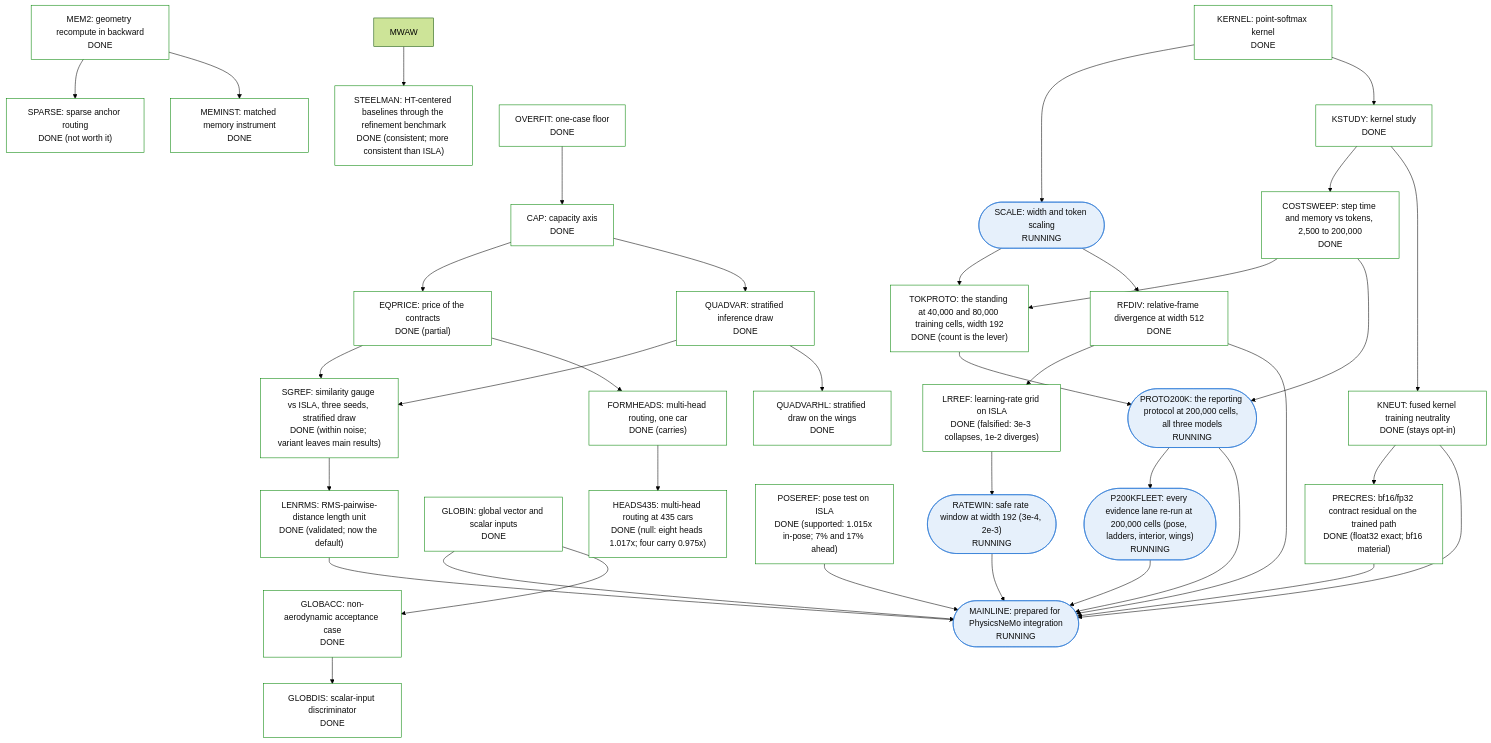
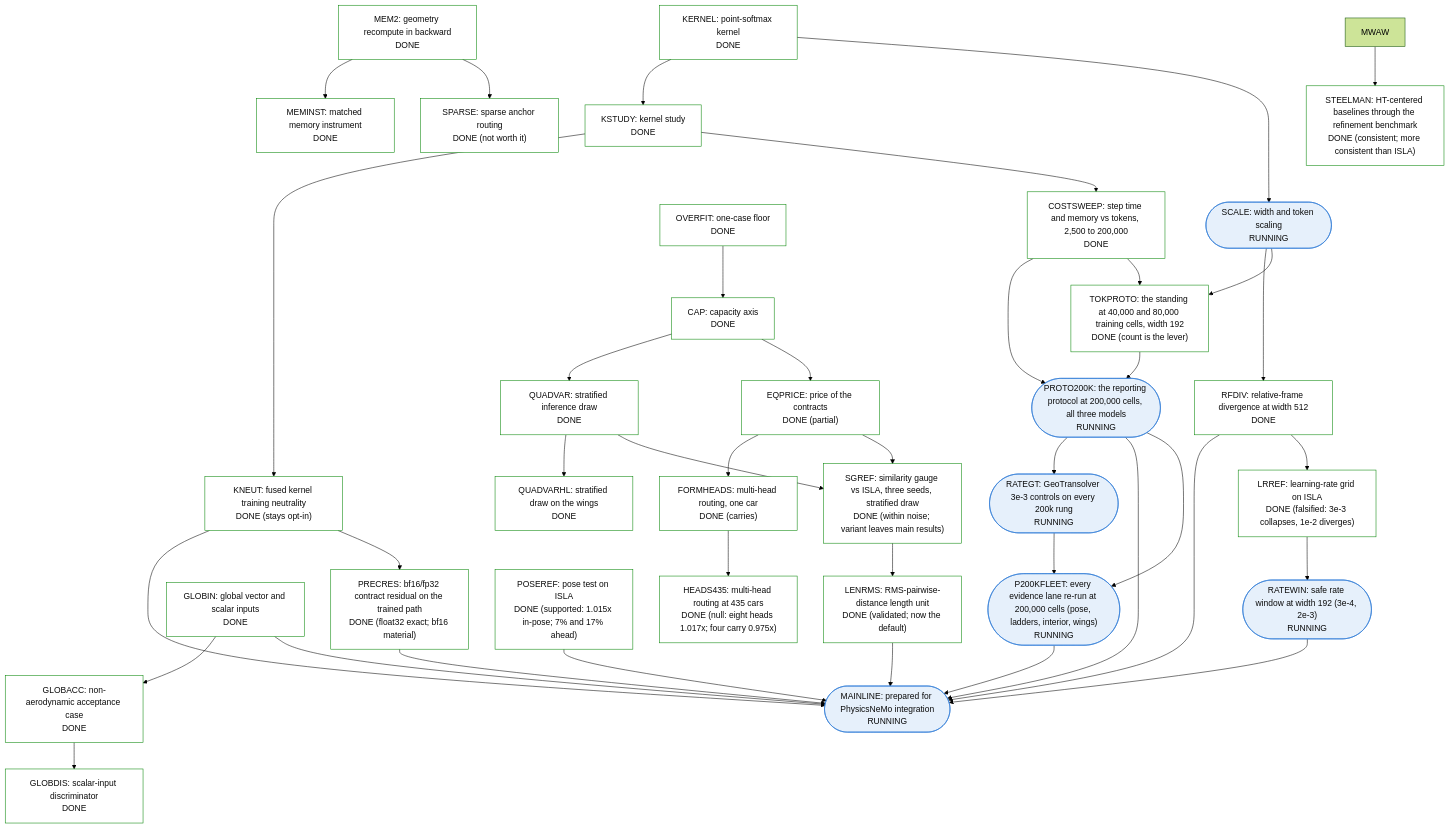
One commit to peterdsharpe/physicsnemo changed the fifth of 5 diagrams in examples/cfd/mesh_transformer/book/13-program-status.qmd. Above: the diagram before and after it, drawn with Mermaid (forest theme). The commit also changed other lines of this file and 3 other files, not shown here.

````diff
--- a/examples/cfd/mesh_transformer/book/13-program-status.qmd
+++ b/examples/cfd/mesh_transformer/book/13-program-status.qmd
@@ -281,77 +281,80 @@
 ```{mermaid}
 %%| fig-cap: >
 %%|   Sub-tree 5: cost, scale, deficit anatomy and mainline. HEADS435 is the
 %%|   one node RUNNING with a bar that could change ISLA's
 %%|   configuration; MAINLINE is the productization node.
 flowchart TB
     classDef done fill:#ffffff,stroke:#008300,color:#0b0b0b
     classDef running fill:#e6f0fb,stroke:#2a78d6,color:#0b0b0b
     classDef planned fill:#ffffff,stroke:#898781,color:#0b0b0b,stroke-dasharray:4 3
     classDef stopped fill:#f4f3ee,stroke:#52514e,color:#0b0b0b
     MEM2["MEM2: geometry recompute in backward<br/>DONE"]:::done
     MEMINST["MEMINST: matched memory instrument<br/>DONE"]:::done
     SPARSE["SPARSE: sparse anchor routing<br/>DONE (not worth it)"]:::done
     KERNEL["KERNEL: point-softmax kernel<br/>DONE"]:::done
     KSTUDY["KSTUDY: kernel study<br/>DONE"]:::done
     KNEUT["KNEUT: fused kernel training neutrality<br/>DONE (stays opt-in)"]:::done
     SCALE(["SCALE: width and token scaling<br/>RUNNING"]):::running
     RFDIV["RFDIV: relative-frame divergence at width 512<br/>DONE"]:::done
     OVERFIT["OVERFIT: one-case floor<br/>DONE"]:::done
     CAP["CAP: capacity axis<br/>DONE"]:::done
     QUADVAR["QUADVAR: stratified inference draw<br/>DONE"]:::done
     QUADVARHL["QUADVARHL: stratified draw on the wings<br/>DONE"]:::done
     EQPRICE["EQPRICE: price of the contracts<br/>DONE (partial)"]:::done
     FORMHEADS["FORMHEADS: multi-head routing, one car<br/>DONE (carries)"]:::done
     HEADS435["HEADS435: multi-head routing at 435 cars<br/>DONE (null: eight heads 1.017x; four carry 0.975x)"]:::done
     GLOBIN["GLOBIN: global vector and scalar inputs<br/>DONE"]:::done
     GLOBACC["GLOBACC: non-aerodynamic acceptance case<br/>DONE"]:::done
     GLOBDIS["GLOBDIS: scalar-input discriminator<br/>DONE"]:::done
     MAINLINE(["MAINLINE: prepared for PhysicsNeMo integration<br/>RUNNING"]):::running
     PRECRES["PRECRES: bf16/fp32 contract residual on the trained path<br/>DONE (float32 exact; bf16 material)"]:::done
     SGREF["SGREF: similarity gauge vs ISLA, three seeds, stratified draw<br/>DONE (within noise; variant leaves main results)"]:::done
     POSEREF["POSEREF: pose test on ISLA<br/>DONE (supported: 1.015x in-pose; 7% and 17% ahead)"]:::done
     LRREF["LRREF: learning-rate grid on ISLA<br/>DONE (falsified: 3e-3 collapses, 1e-2 diverges)"]:::done
     RATEWIN(["RATEWIN: safe rate window at width 192 (3e-4, 2e-3)<br/>RUNNING"]):::running
+    RATEGT(["RATEGT: GeoTransolver 3e-3 controls on every 200k rung<br/>RUNNING"]):::running
     LENRMS["LENRMS: RMS-pairwise-distance length unit<br/>DONE (validated; now the default)"]:::done
     STEELMAN["STEELMAN: HT-centered baselines through the refinement benchmark<br/>DONE (consistent; more consistent than ISLA)"]:::done
     TOKPROTO["TOKPROTO: the standing at 40,000 and 80,000 training cells, width 192<br/>DONE (count is the lever)"]:::done
     PROTO200K(["PROTO200K: the reporting protocol at 200,000 cells, all three models<br/>RUNNING"]):::running
     P200KFLEET(["P200KFLEET: every evidence lane re-run at 200,000 cells (pose, ladders, interior, wings)<br/>RUNNING"]):::running
     COSTSWEEP["COSTSWEEP: step time and memory vs tokens, 2,500 to 200,000<br/>DONE"]:::done
     MEM2 --> MEMINST
     MEM2 --> SPARSE
     KERNEL --> KSTUDY
     KSTUDY --> KNEUT
     KERNEL --> SCALE
     SCALE --> RFDIV
     OVERFIT --> CAP
     CAP --> QUADVAR
     QUADVAR --> QUADVARHL
     CAP --> EQPRICE
     EQPRICE --> FORMHEADS
     FORMHEADS --> HEADS435
     GLOBIN --> GLOBACC
     GLOBACC --> GLOBDIS
     GLOBIN --> MAINLINE
     RFDIV --> MAINLINE
     KNEUT --> MAINLINE
     KNEUT --> PRECRES
     PRECRES --> MAINLINE
     QUADVAR --> SGREF
     EQPRICE --> SGREF
     RFDIV --> LRREF
     POSEREF --> MAINLINE
     LRREF --> RATEWIN
+    PROTO200K --> RATEGT
+    RATEGT --> P200KFLEET
     RATEWIN --> MAINLINE
     SGREF --> LENRMS
     LENRMS --> MAINLINE
     MWAW --> STEELMAN
     SCALE --> TOKPROTO
     TOKPROTO --> PROTO200K
     COSTSWEEP --> PROTO200K
     PROTO200K --> MAINLINE
     PROTO200K --> P200KFLEET
     P200KFLEET --> MAINLINE
     KSTUDY --> COSTSWEEP
     COSTSWEEP --> TOKPROTO
 ```
````
